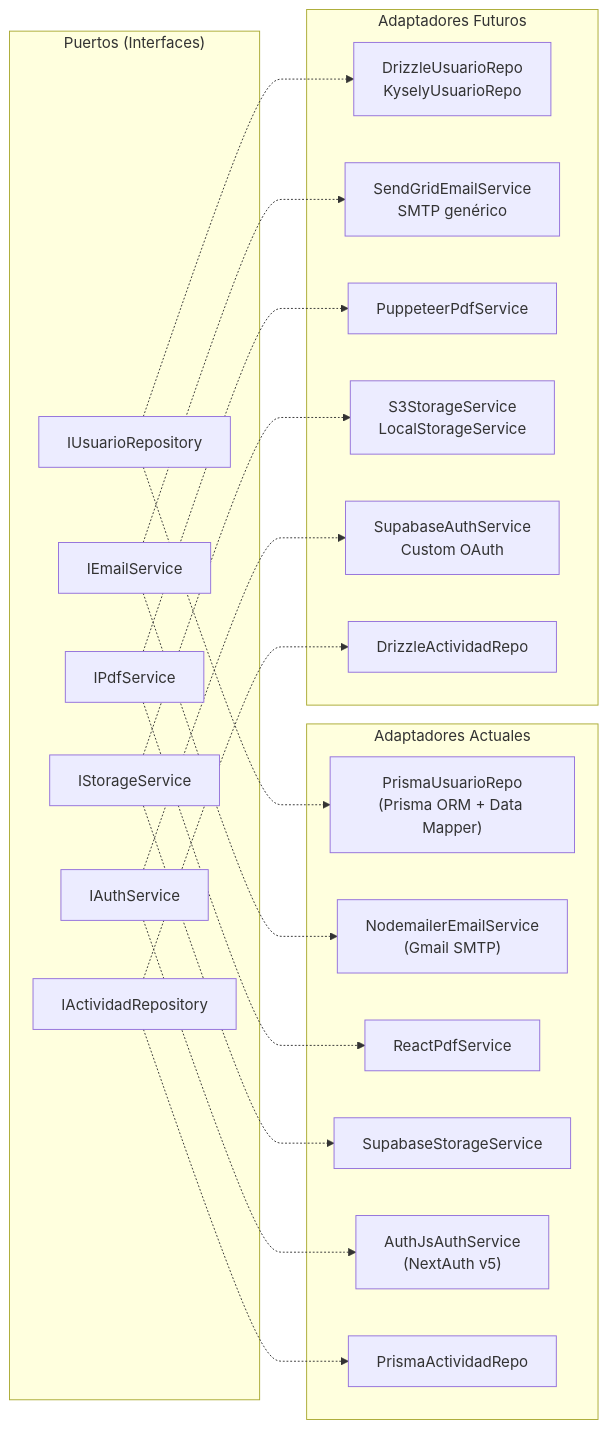
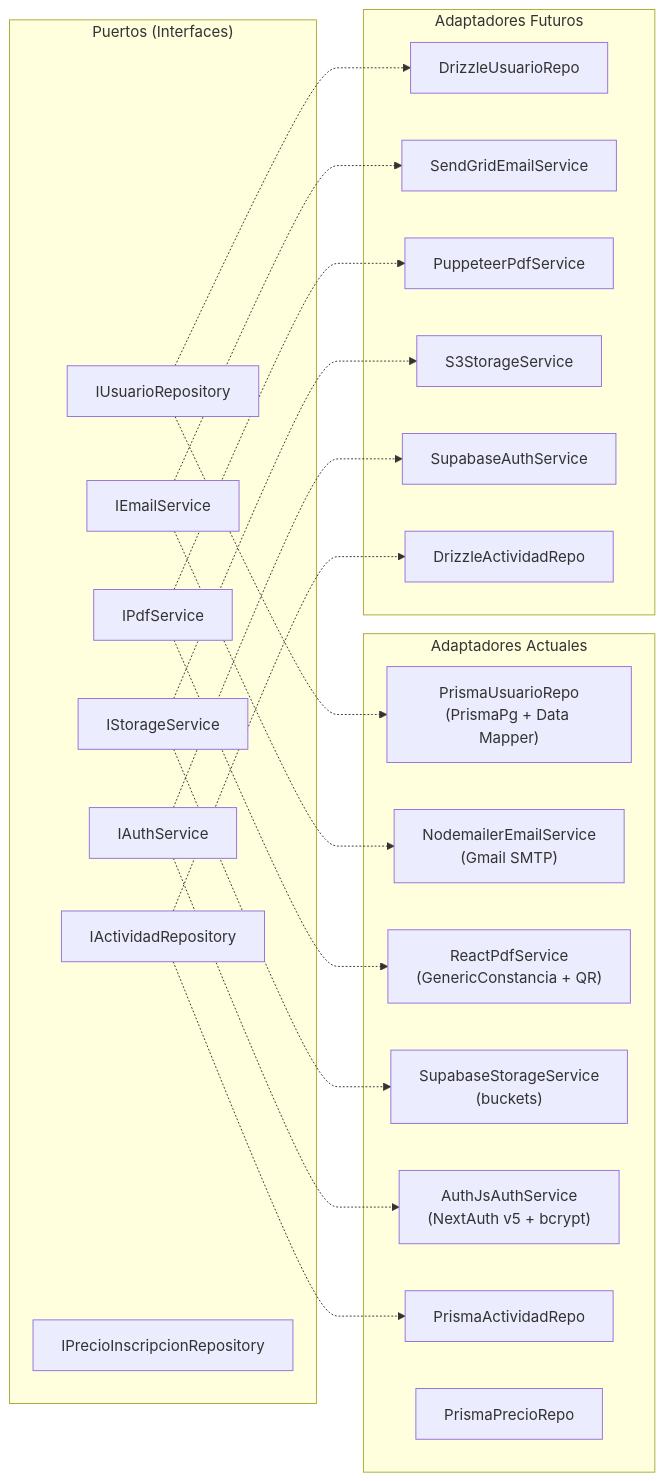
Before and after one commit to iKinoo/aniei-registro-2026: diagram 12 of 14 in docs/DESIGN.md, drawn with Mermaid. The commit also changed other lines of this file and 30 other files, not shown here.

````diff
--- a/docs/DESIGN.md
+++ b/docs/DESIGN.md
@@ -1400,42 +1387,44 @@
 ```mermaid
 graph LR
     subgraph Puertos["Puertos (Interfaces)"]
         P1["IUsuarioRepository"]
         P2["IEmailService"]
         P3["IPdfService"]
         P4["IStorageService"]
         P5["IAuthService"]
         P6["IActividadRepository"]
+        P7["IPrecioInscripcionRepository"]
     end
 
     subgraph Actual["Adaptadores Actuales"]
-        A1["PrismaUsuarioRepo<br/>(Prisma ORM + Data Mapper)"]
+        A1["PrismaUsuarioRepo<br/>(PrismaPg + Data Mapper)"]
         A2["NodemailerEmailService<br/>(Gmail SMTP)"]
-        A3["ReactPdfService"]
-        A4["SupabaseStorageService"]
-        A5["AuthJsAuthService<br/>(NextAuth v5)"]
+        A3["ReactPdfService<br/>(GenericConstancia + QR)"]
+        A4["SupabaseStorageService<br/>(buckets)"]
+        A5["AuthJsAuthService<br/>(NextAuth v5 + bcrypt)"]
         A6["PrismaActividadRepo"]
+        A7["PrismaPrecioRepo"]
     end
 
     subgraph Futuro["Adaptadores Futuros"]
-        F1["DrizzleUsuarioRepo<br/>KyselyUsuarioRepo"]
-        F2["SendGridEmailService<br/>SMTP genérico"]
+        F1["DrizzleUsuarioRepo"]
+        F2["SendGridEmailService"]
         F3["PuppeteerPdfService"]
-        F4["S3StorageService<br/>LocalStorageService"]
-        F5["SupabaseAuthService<br/>Custom OAuth"]
+        F4["S3StorageService"]
+        F5["SupabaseAuthService"]
         F6["DrizzleActividadRepo"]
     end
 
     P1 -.-> A1
     P1 -.-> F1
     P2 -.-> A2
     P2 -.-> F2
     P3 -.-> A3
     P3 -.-> F3
     P4 -.-> A4
     P4 -.-> F4
     P5 -.-> A5
     P5 -.-> F5
     P6 -.-> A6
     P6 -.-> F6
 ```
````
